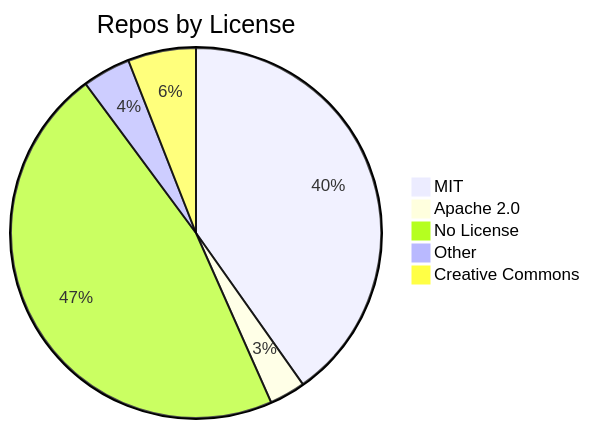
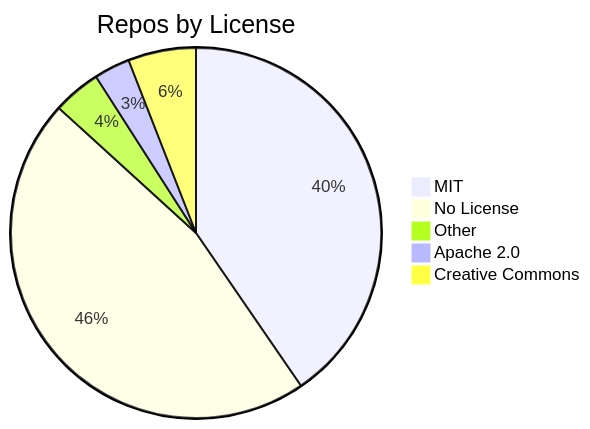
Before and after one commit to jpatterson933/awesome-mcp-server-repo-index: the diagram in README.md, drawn with Mermaid. The commit also changed other lines of this file and 3 other files, not shown here.

````diff
--- a/README.md
+++ b/README.md
@@ -29,8 +29,8 @@
 ```mermaid
 pie title Repos by License
-    "MIT" : 115
-    "Apache 2.0" : 9
+    "MIT" : 116
     "No License" : 133
     "Other" : 12
+    "Apache 2.0" : 9
     "Creative Commons" : 17
 ```
````
